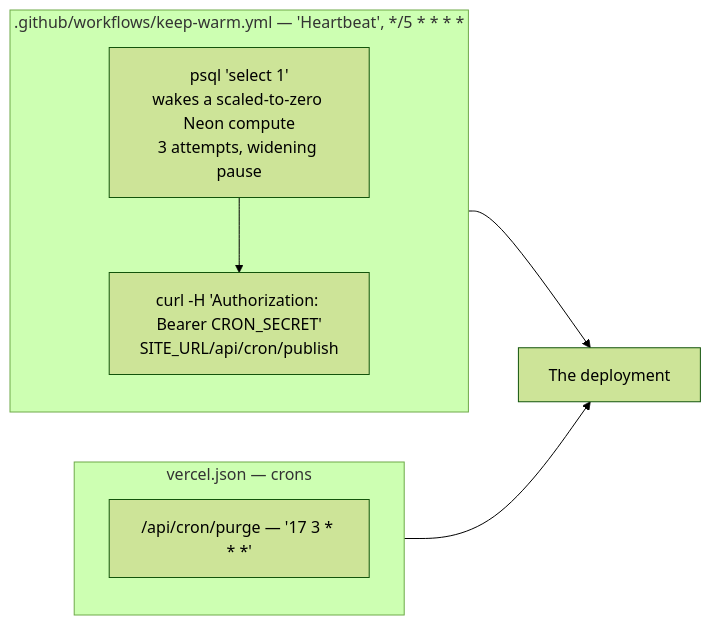
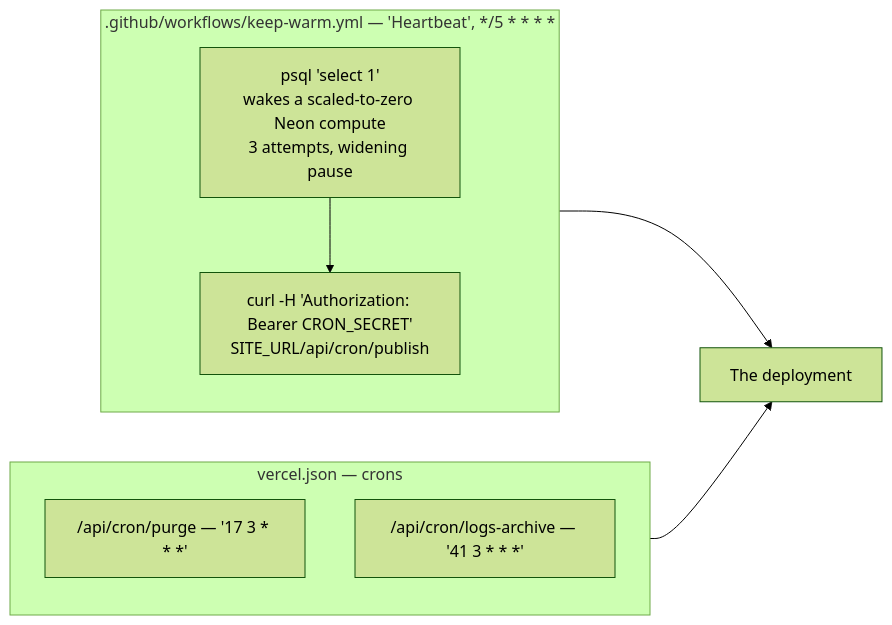
The tenth of 16 diagrams in docs/ARCHITECTURE.md (cxacraftecosystem-ui/cxa-cms), drawn with Mermaid (forest theme) before and after one commit. The commit also changed other lines of this file and 14 other files, not shown here.

````diff
--- a/docs/ARCHITECTURE.md
+++ b/docs/ARCHITECTURE.md
@@ -428,13 +428,14 @@
 ```mermaid
 flowchart LR
     subgraph gh[".github/workflows/keep-warm.yml — 'Heartbeat', */5 * * * *"]
         w1["psql 'select 1'<br/>wakes a scaled-to-zero Neon compute<br/>3 attempts, widening pause"]
         w2["curl -H 'Authorization: Bearer CRON_SECRET'<br/>SITE_URL/api/cron/publish"]
         w1 --> w2
     end
     subgraph vj["vercel.json — crons"]
         v1["/api/cron/purge — '17 3 * * *'"]
+        v2["/api/cron/logs-archive — '41 3 * * *'"]
     end
     gh --> app["The deployment"]
     vj --> app
 ```
````
